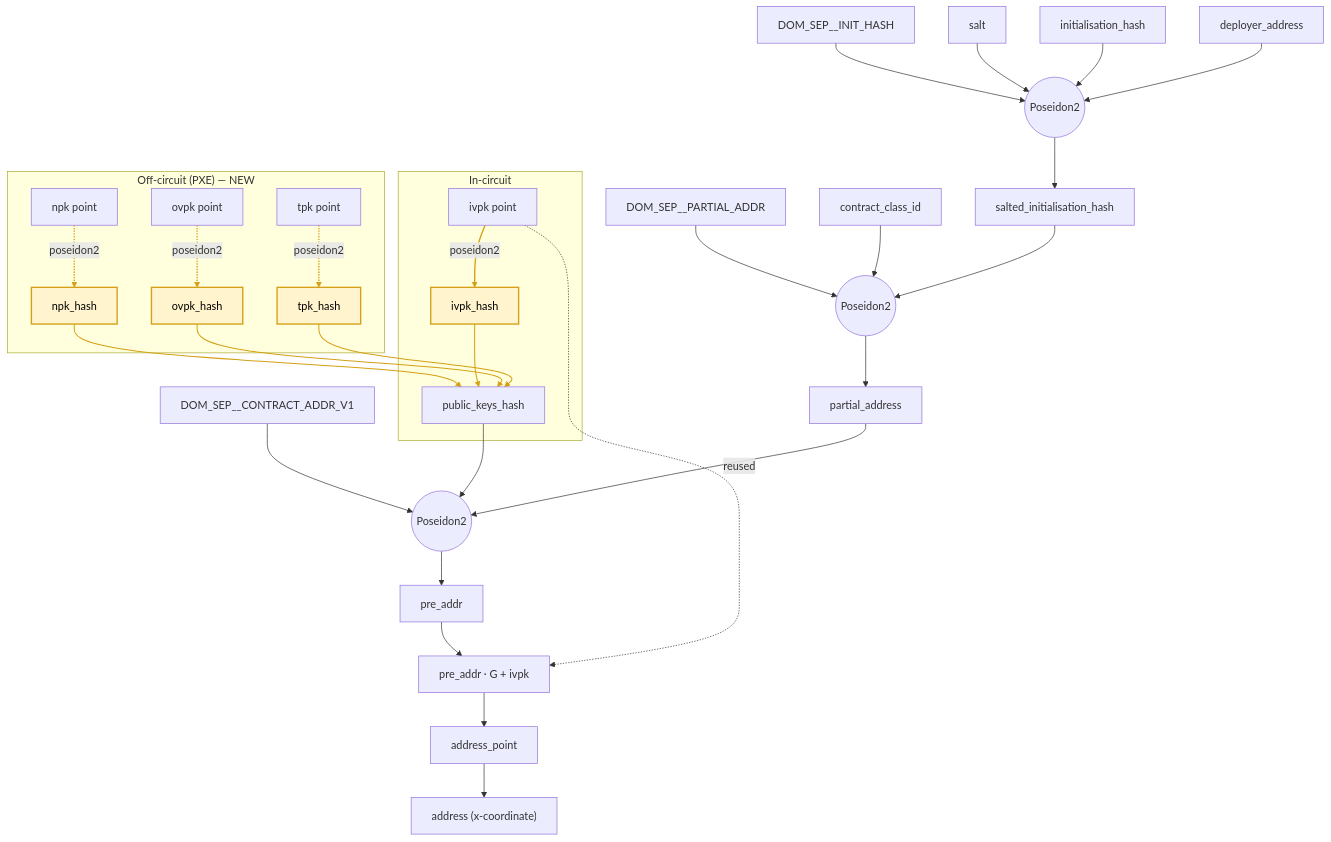
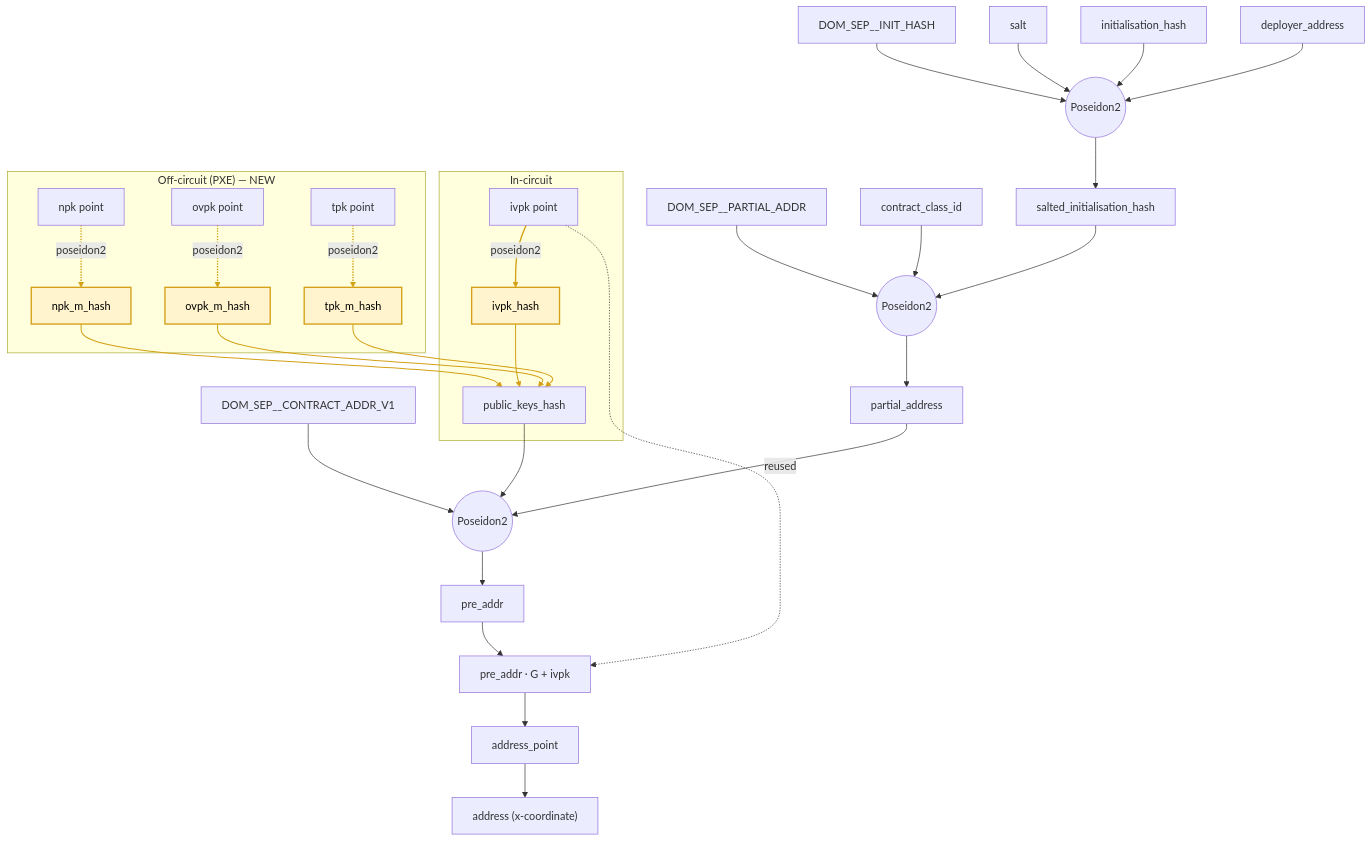
The diagram in AZIPs/azip-8.md (AztecProtocol/governance), drawn with Mermaid before and after one commit. The commit also changed other lines of this file, not shown here.

````diff
--- a/AZIPs/azip-8.md
+++ b/AZIPs/azip-8.md
@@ -103,71 +103,71 @@
 ```mermaid
 flowchart TD
   %% --- salted initialisation hash ---
   DSS["DOM_SEP__INIT_HASH"]
   SALT["salt"]
   INIT["initialisation_hash"]
   DEP["deployer_address"]
   H2(("Poseidon2"))
   SIH["salted_initialisation_hash"]
   DSS --> H2
   SALT --> H2
   INIT --> H2
   DEP --> H2
   H2 --> SIH
 
   %% --- partial address ---
   DSPA["DOM_SEP__PARTIAL_ADDR"]
   CID["contract_class_id"]
   H3(("Poseidon2"))
   PA["partial_address"]
   DSPA --> H3
   CID --> H3
   SIH --> H3
   H3 --> PA
 
   %% --- public keys hash, split across PXE and circuit ---
   subgraph offcircuit["Off-circuit (PXE) — NEW"]
     NPK["npk point"]
     OVPK["ovpk point"]
     TPK["tpk point"]
-    NPKH["npk_hash"]:::new
-    OVPKH["ovpk_hash"]:::new
-    TPKH["tpk_hash"]:::new
+    NPKH["npk_m_hash"]:::new
+    OVPKH["ovpk_m_hash"]:::new
+    TPKH["tpk_m_hash"]:::new
     NPK -. poseidon2 .-> NPKH
     OVPK -. poseidon2 .-> OVPKH
     TPK -. poseidon2 .-> TPKH
   end
 
   subgraph incircuit["In-circuit"]
     IVPK["ivpk point"]
     IVPKH["ivpk_hash"]:::new
     PKH["public_keys_hash"]
     IVPK -->|poseidon2| IVPKH
     NPKH --> PKH
     IVPKH --> PKH
     OVPKH --> PKH
     TPKH --> PKH
   end
 
   %% --- pre address ---
   DSCA["DOM_SEP__CONTRACT_ADDR_V1"]
   H5(("Poseidon2"))
   PRE["pre_addr"]
   DSCA --> H5
   PKH --> H5
   PA --> H5
   H5 --> PRE
 
   %% --- address point and address ---
   EC["pre_addr · G + ivpk"]
   AP["address_point"]
   ADDR["address (x-coordinate)"]
   PRE --> EC
   IVPK -. reused .-> EC
   EC --> AP
   AP --> ADDR
 
   classDef new fill:#fff4cd,stroke:#d4a017,stroke-width:2px,color:#000
   linkStyle 9,10,11,12 stroke:#d4a017,stroke-width:2px
   linkStyle 13,14,15,16 stroke:#d4a017,stroke-width:1.5px
 ```
````
